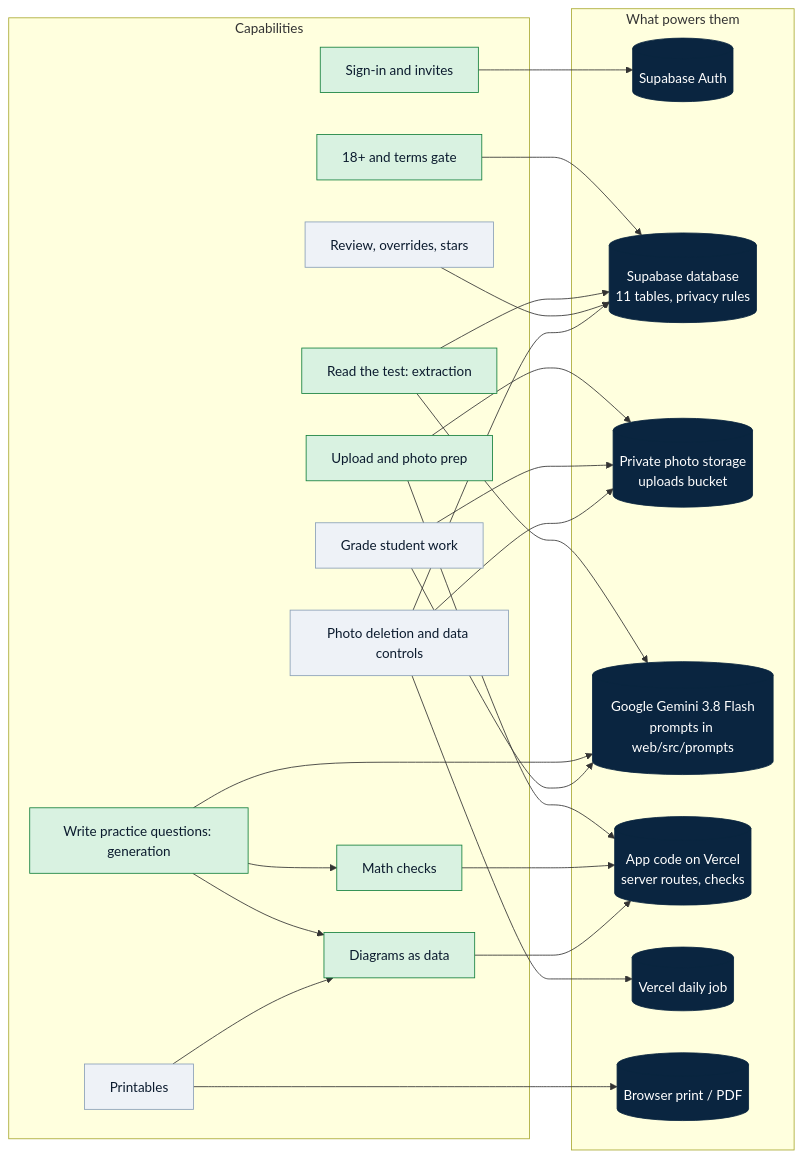
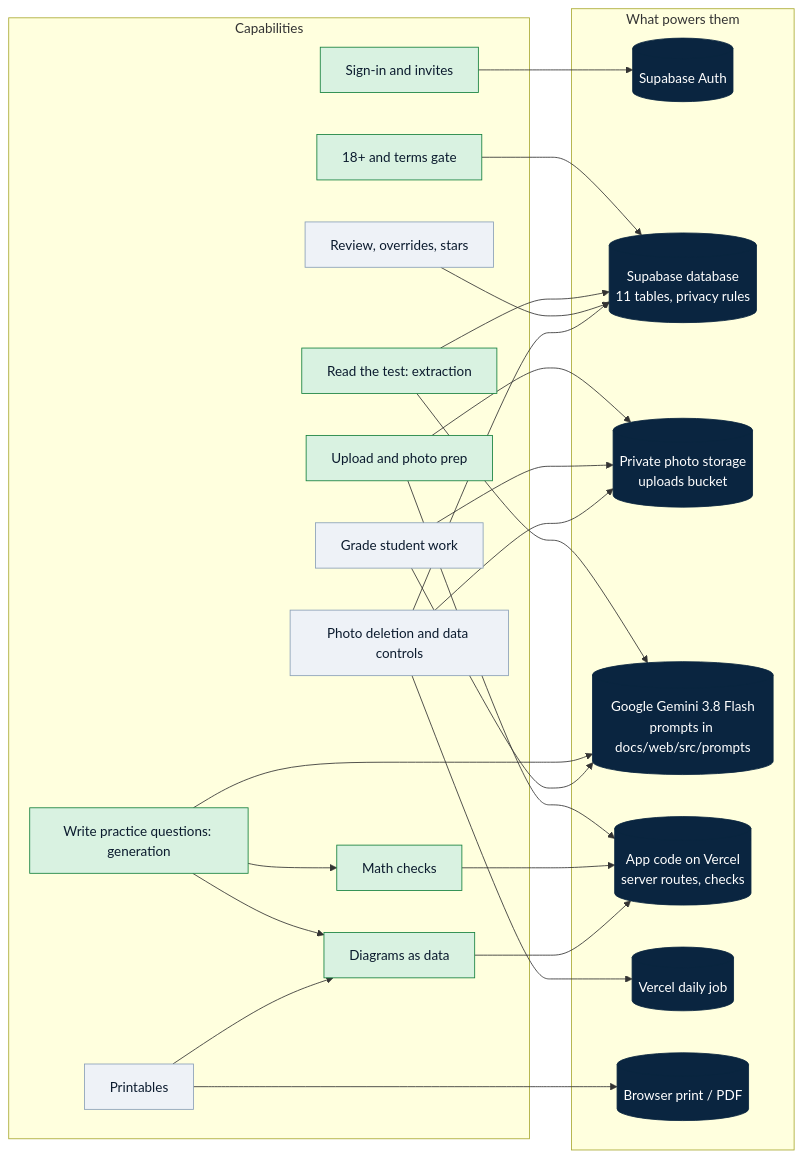
Before and after one commit to Mr-Higgs/miro-devin-math-mission: the third of 3 diagrams in docs/sitemap.md, drawn with Mermaid. The commit also changed other lines of this file and 203 other files, not shown here.

````diff
--- a/docs/sitemap.md
+++ b/docs/sitemap.md
@@ -191,50 +191,50 @@
 ```mermaid
 flowchart LR
   classDef built fill:#d9f2e1,stroke:#15803d,color:#0b1b2e
   classDef planned fill:#eef2f7,stroke:#8aa0b8,color:#0b1b2e
   classDef service fill:#0a2540,stroke:#0a2540,color:#ffffff
 
   subgraph CAPS["Capabilities"]
     C1["Sign-in and invites"]:::built
     C2["18+ and terms gate"]:::built
     C3["Upload and photo prep"]:::built
     C4["Read the test: extraction"]:::built
     C5["Write practice questions: generation"]:::built
     C6["Math checks"]:::built
     C7["Diagrams as data"]:::built
     C8["Printables"]:::planned
     C9["Grade student work"]:::planned
     C10["Review, overrides, stars"]:::planned
     C11["Photo deletion and data controls"]:::planned
   end
 
   subgraph SERVICES["What powers them"]
     AUTH[("Supabase Auth")]:::service
     DB[("Supabase database<br/>11 tables, privacy rules")]:::service
     STORE[("Private photo storage<br/>uploads bucket")]:::service
-    GEMINI[("Google Gemini 3.8 Flash<br/>prompts in web/src/prompts")]:::service
+    GEMINI[("Google Gemini 3.8 Flash<br/>prompts in docs/web/src/prompts")]:::service
     CODE[("App code on Vercel<br/>server routes, checks")]:::service
     CRON[("Vercel daily job")]:::service
     PRINT[("Browser print / PDF")]:::service
   end
 
   C1 --> AUTH
   C2 --> DB
   C3 --> STORE
   C3 --> CODE
   C4 --> GEMINI
   C4 --> DB
   C5 --> GEMINI
   C5 --> C6
   C5 --> C7
   C6 --> CODE
   C7 --> CODE
   C8 --> PRINT
   C8 --> C7
   C9 --> GEMINI
   C9 --> STORE
   C10 --> DB
   C11 --> CRON
   C11 --> STORE
   C11 --> DB
 ```
````
